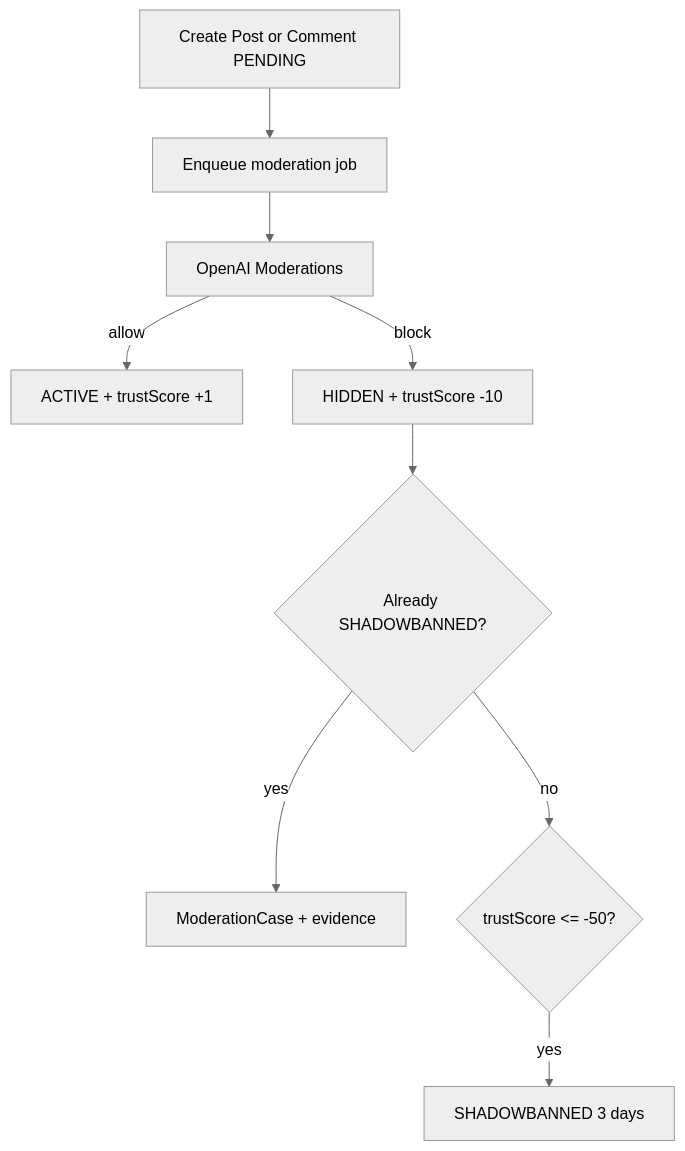
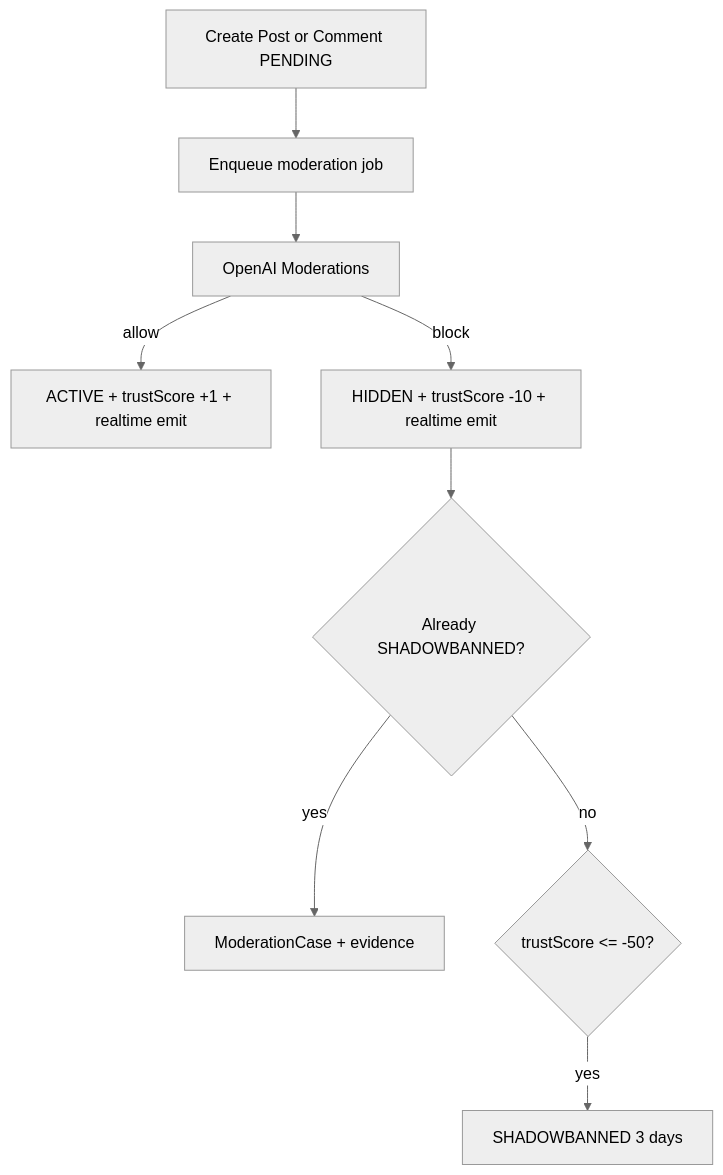
Before and after one commit to jaruszewski-dev/mental-journal: the third of 4 diagrams in apps/api/README.md, drawn with Mermaid (neutral theme). The commit also changed other lines of this file and 3 other files, not shown here.

````diff
--- a/apps/api/README.md
+++ b/apps/api/README.md
@@ -89,11 +94,11 @@
 ```mermaid
 flowchart TD
   A[Create Post or Comment PENDING] --> B[Enqueue moderation job]
   B --> C[OpenAI Moderations]
-  C -->|allow| D[ACTIVE + trustScore +1]
-  C -->|block| E[HIDDEN + trustScore -10]
+  C -->|allow| D[ACTIVE + trustScore +1 + realtime emit]
+  C -->|block| E[HIDDEN + trustScore -10 + realtime emit]
   E --> F{Already SHADOWBANNED?}
   F -->|yes| G[ModerationCase + evidence]
   F -->|no| H{trustScore <= -50?}
   H -->|yes| I[SHADOWBANNED 3 days]
 ```
````
